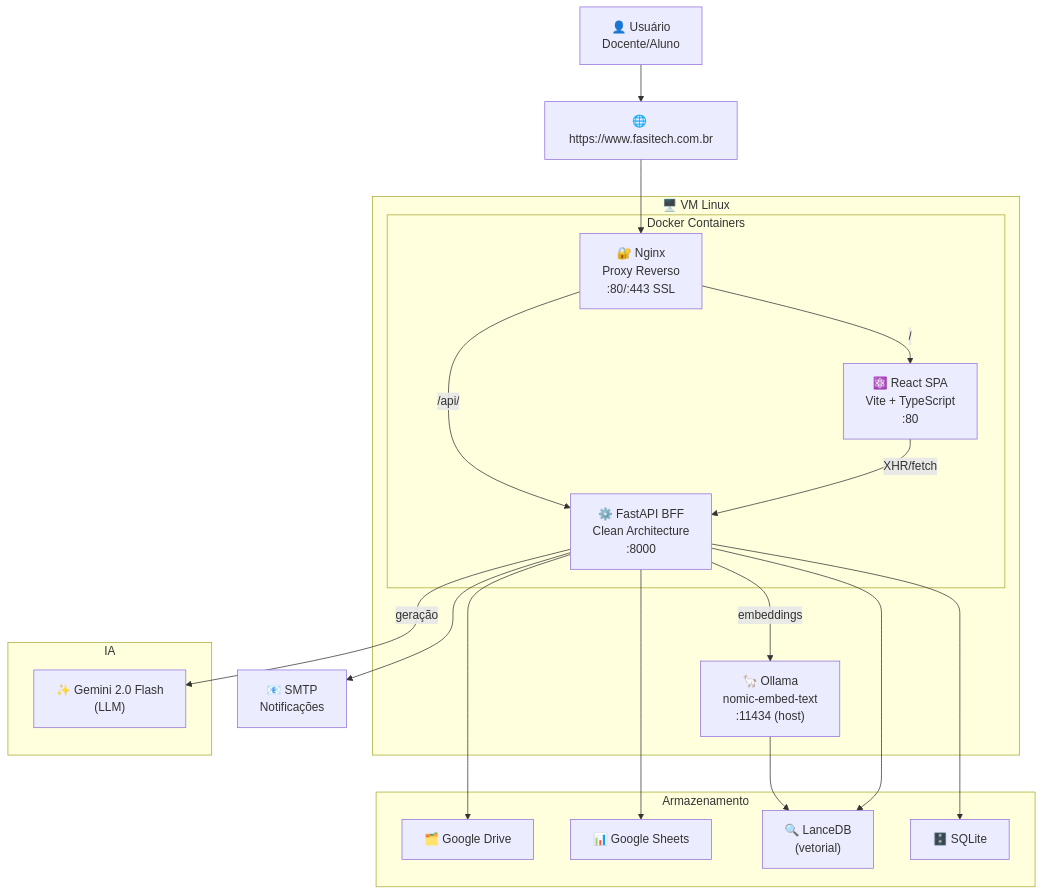
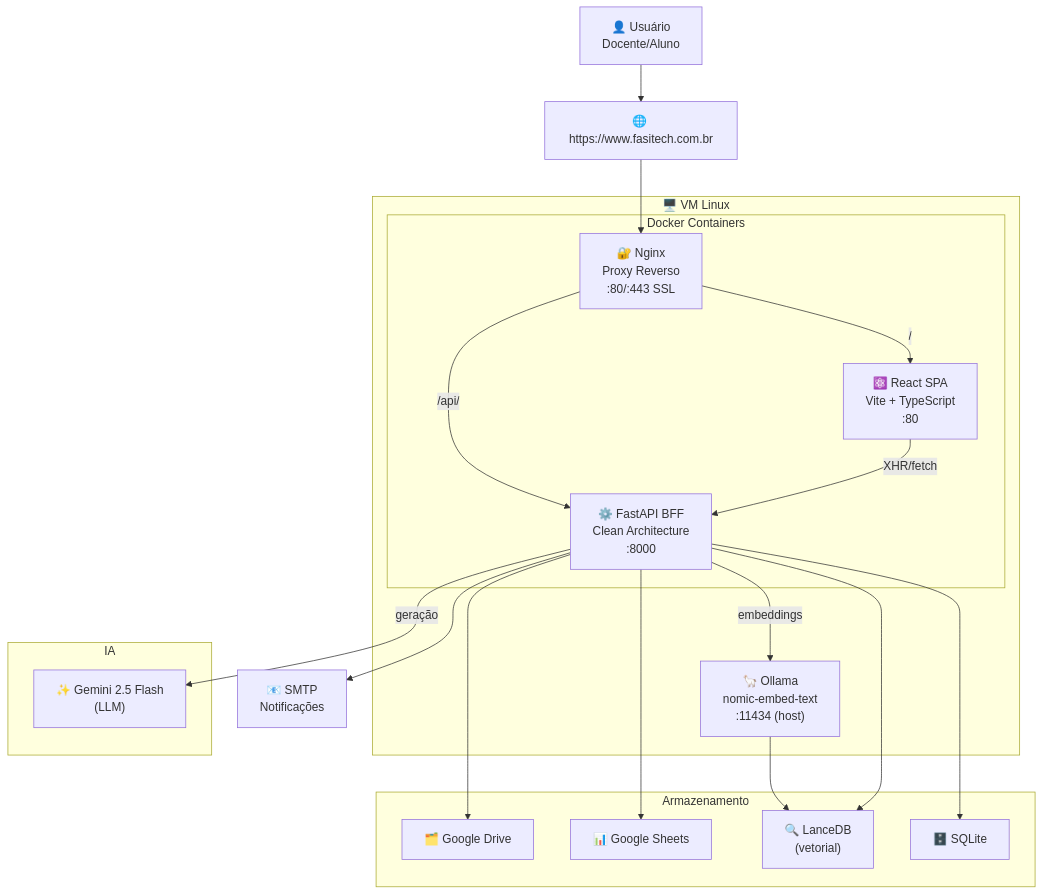
Before and after one commit to eltonsarmanho/FasiTech: the diagram in docs/README.md, drawn with Mermaid. The commit also changed other lines of this file, not shown here.

Commit message:
feat: update RAG architecture and improve context handling in documentation

````diff
--- a/docs/README.md
+++ b/docs/README.md
@@ -266,40 +303,40 @@
 ```mermaid
 flowchart TB
     User["👤 Usuário\nDocente/Aluno"]
     Internet["🌐 https://www.fasitech.com.br"]
 
     subgraph VM["🖥️ VM Linux"]
         subgraph Containers["Docker Containers"]
             Nginx["🔐 Nginx\nProxy Reverso\n:80/:443 SSL"]
             Frontend["⚛️ React SPA\nVite + TypeScript\n:80"]
             API["⚙️ FastAPI BFF\nClean Architecture\n:8000"]
         end
         Ollama["🦙 Ollama\nnomic-embed-text\n:11434 (host)"]
     end
 
     subgraph Storage["Armazenamento"]
         Drive["🗂️ Google Drive"]
         Sheets["📊 Google Sheets"]
         LanceDB["🔍 LanceDB\n(vetorial)"]
         SQLite["🗄️ SQLite"]
     end
 
     subgraph AI["IA"]
-        Gemini["✨ Gemini 2.0 Flash\n(LLM)"]
+        Gemini["✨ Gemini 2.5 Flash\n(LLM)"]
     end
 
     Email["📧 SMTP\nNotificações"]
 
     User --> Internet --> Nginx
     Nginx -->|"/"| Frontend
     Nginx -->|"/api/"| API
     Frontend -->|"XHR/fetch"| API
     API --> Drive
     API --> Sheets
     API --> SQLite
     API --> Email
     API -->|"embeddings"| Ollama
     API -->|"geração"| Gemini
     Ollama --> LanceDB
     API --> LanceDB
 ```
````
